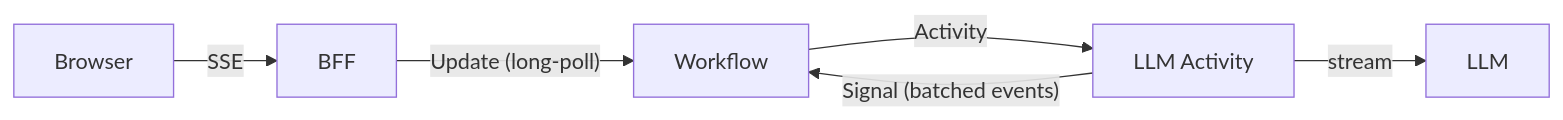
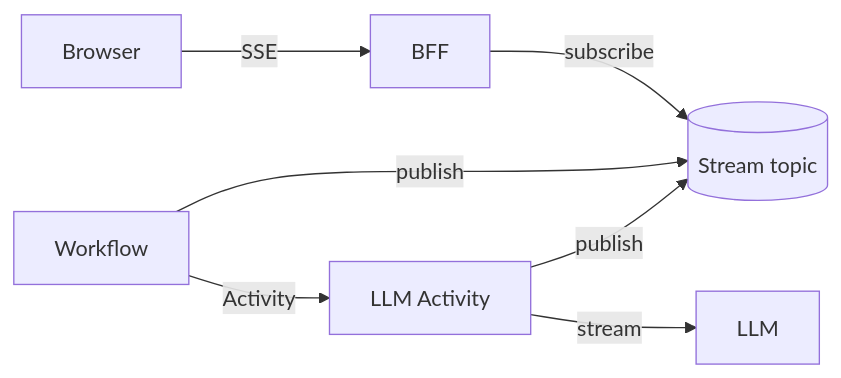
One commit to jssmith/temporal-streaming-agents-samples changed the second of 4 diagrams in README.md. Above: the diagram before and after it, drawn with Mermaid. The commit also changed other lines of this file and 1 other file, not shown here.

````diff
--- a/README.md
+++ b/README.md
@@ -62,8 +62,9 @@
 ```mermaid
 flowchart LR
     B[Browser] -->|SSE| BFF[BFF]
-    BFF -->|"Update (long-poll)"| W[Workflow]
-    W -->|Activity| Y[LLM Activity]
-    Y -->|"Signal (batched events)"| W
+    BFF -->|"subscribe"| Topic[(Stream topic)]
+    Y[LLM Activity] -->|"publish"| Topic
+    W[Workflow] -->|"publish"| Topic
+    W -->|Activity| Y
     Y -->|stream| LLM[LLM]
 ```
````
